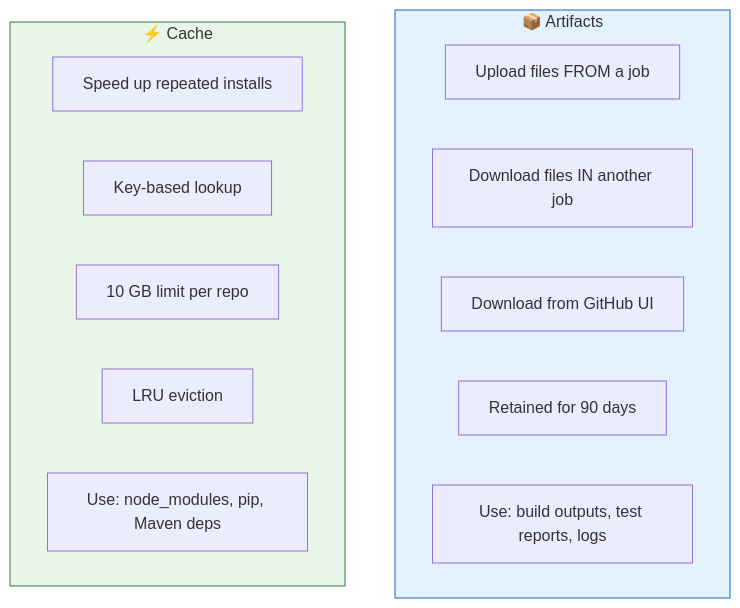
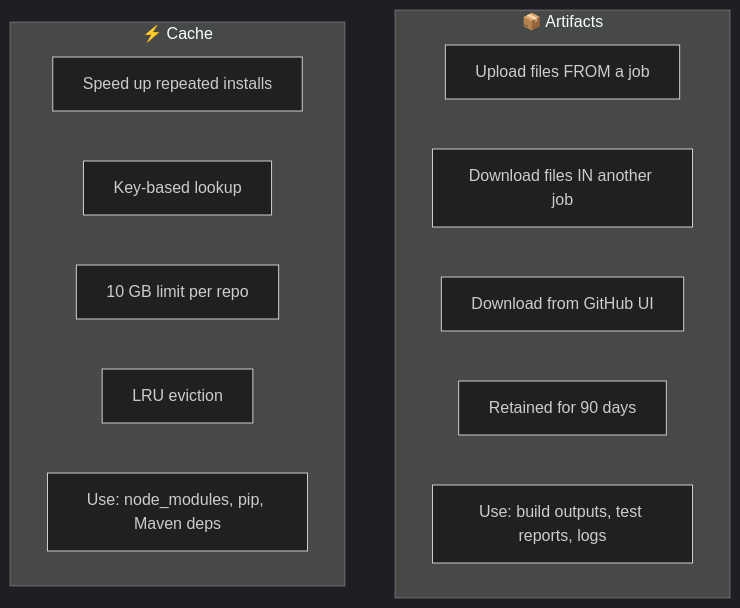
The first of 3 diagrams in 10-artifacts-and-cache/README.md (vishutyagi0210/github-ci-cd-with-labs), drawn with Mermaid before and after one commit. The commit also changed other lines of this file and 13 other files, not shown here.

Commit message:
fix: switch all mermaid diagrams to dark theme for better readability

````diff
--- a/10-artifacts-and-cache/README.md
+++ b/10-artifacts-and-cache/README.md
@@ -9,21 +9,20 @@
 ```mermaid
+%%{init: {"theme": "dark"}}%%
 graph TD
     subgraph ART["📦 Artifacts"]
         A1["Upload files FROM a job"]
         A2["Download files IN another job"]
         A3["Download from GitHub UI"]
         A4["Retained for 90 days"]
         A5["Use: build outputs, test reports, logs"]
     end
 
     subgraph CACHE["⚡ Cache"]
         C1["Speed up repeated installs"]
         C2["Key-based lookup"]
         C3["10 GB limit per repo"]
         C4["LRU eviction"]
         C5["Use: node_modules, pip, Maven deps"]
     end
 
-    style ART fill:#e3f2fd,stroke:#1565c0
-    style CACHE fill:#e8f5e9,stroke:#2e7d32
 ```
````
